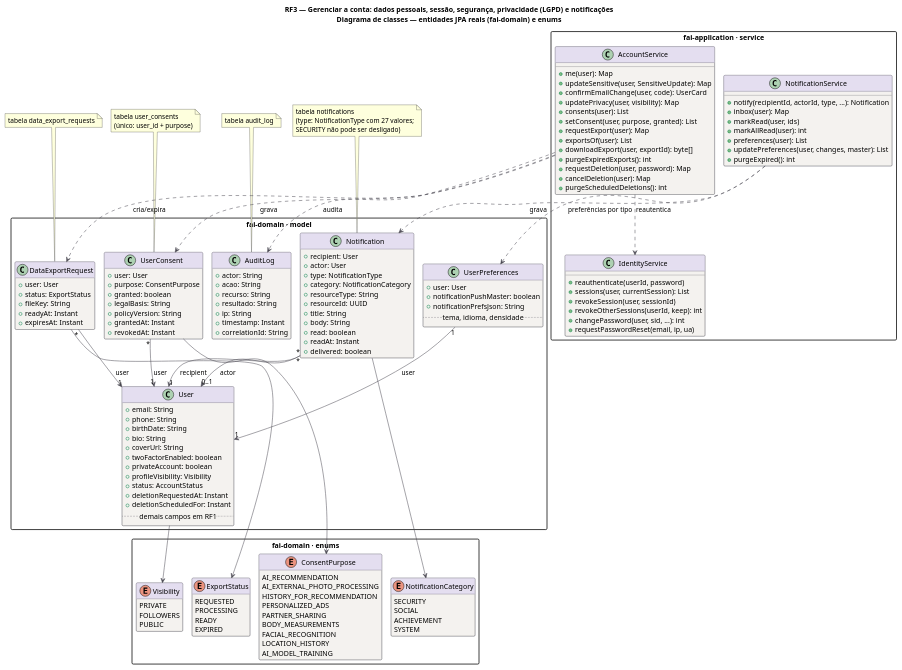
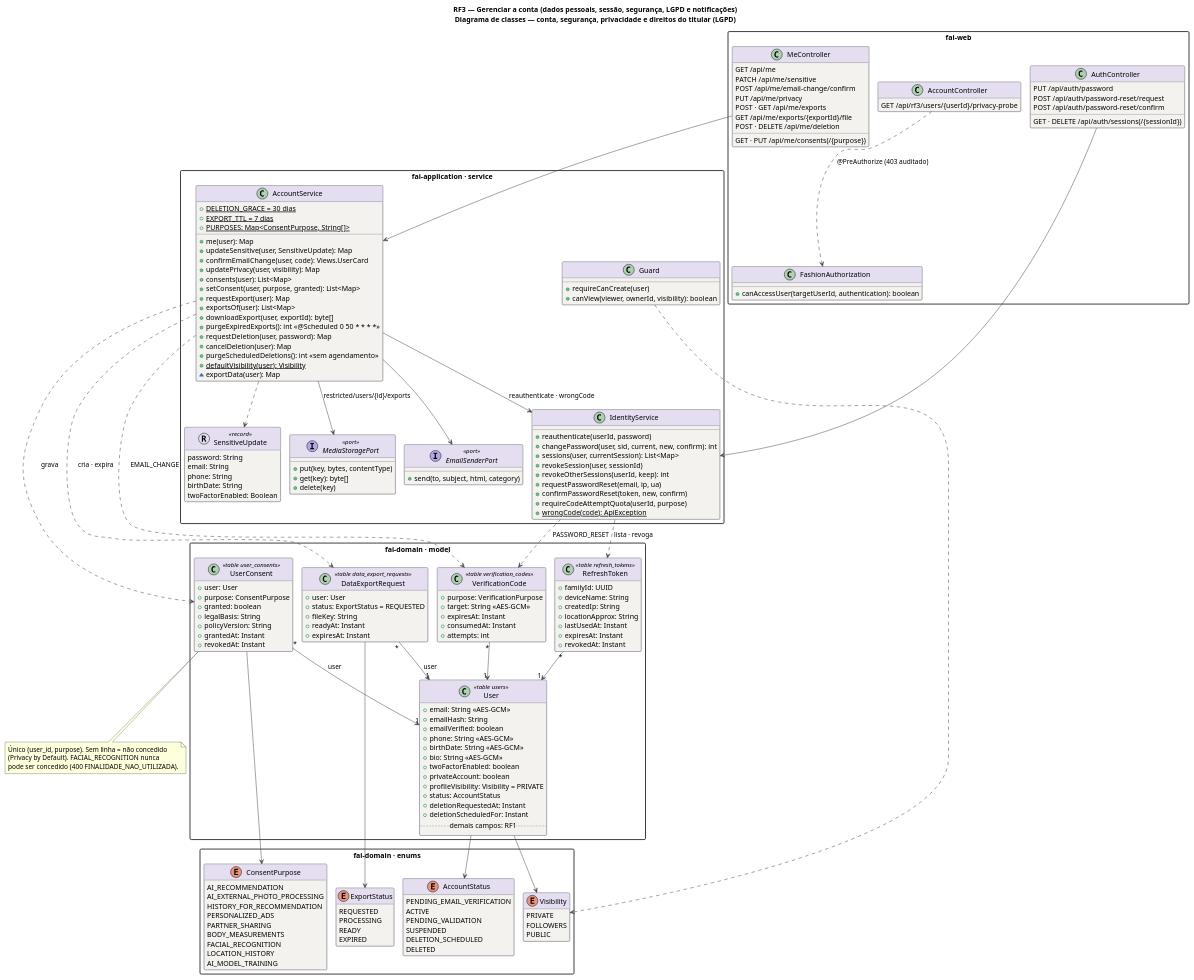
The diagram in docs/diagramas/RF3/RF3-classes.puml (MatheusHaliski/tcc-2026-fashion-ai-backend), drawn with PlantUML before and after one commit. The commit also changed 312 other files, not shown here.

First line of the commit message:
Diagramas UML: reescrita pelo código atual (parte 1)

```diff
--- a/docs/diagramas/RF3/RF3-classes.puml
+++ b/docs/diagramas/RF3/RF3-classes.puml
@@ -1,157 +1,198 @@
 @startuml RF3_Classes
-title RF3 — Gerenciar a conta: dados pessoais, sessão, segurança, privacidade (LGPD) e notificações\nDiagrama de classes — entidades JPA reais (fai-domain) e enums
+title RF3 — Gerenciar a conta (dados pessoais, sessão, segurança, LGPD e notificações)\nDiagrama de classes — conta, segurança, privacidade e direitos do titular (LGPD)
 !pragma layout smetana
 skinparam backgroundColor #FFFFFF
 skinparam class {
   BackgroundColor #F4F2EF
   BorderColor #4A4852
   ArrowColor #4A4852
   HeaderBackgroundColor #E4DEF0
 }
 skinparam packageStyle rectangle
 hide empty methods
 
 package "fai-domain · model" {
-class User {
-  +email: String
-  +phone: String
-  +birthDate: String
-  +bio: String
-  +coverUrl: String
+class User <<table users>> {
+  +email: String «AES-GCM»
+  +emailHash: String
+  +emailVerified: boolean
+  +phone: String «AES-GCM»
+  +birthDate: String «AES-GCM»
+  +bio: String «AES-GCM»
   +twoFactorEnabled: boolean
   +privateAccount: boolean
-  +profileVisibility: Visibility
+  +profileVisibility: Visibility = PRIVATE
   +status: AccountStatus
   +deletionRequestedAt: Instant
   +deletionScheduledFor: Instant
-  .. demais campos em RF1 ..
+  .. demais campos: RF1 ..
 }
-class UserPreferences {
-  +user: User
-  +notificationPushMaster: boolean
-  +notificationPrefsJson: String
-  .. tema, idioma, densidade ..
-}
-class UserConsent {
+class UserConsent <<table user_consents>> {
   +user: User
   +purpose: ConsentPurpose
   +granted: boolean
   +legalBasis: String
   +policyVersion: String
   +grantedAt: Instant
   +revokedAt: Instant
 }
-class DataExportRequest {
+class DataExportRequest <<table data_export_requests>> {
   +user: User
-  +status: ExportStatus
+  +status: ExportStatus = REQUESTED
   +fileKey: String
   +readyAt: Instant
   +expiresAt: Instant
 }
-class Notification {
-  +recipient: User
-  +actor: User
-  +type: NotificationType
-  +category: NotificationCategory
-  +resourceType: String
-  +resourceId: UUID
-  +title: String
-  +body: String
-  +read: boolean
-  +readAt: Instant
-  +delivered: boolean
+class VerificationCode <<table verification_codes>> {
+  +purpose: VerificationPurpose
+  +target: String «AES-GCM»
+  +expiresAt: Instant
+  +consumedAt: Instant
+  +attempts: int
 }
-class AuditLog {
-  +actor: String
-  +acao: String
-  +recurso: String
-  +resultado: String
-  +ip: String
-  +timestamp: Instant
-  +correlationId: String
+class RefreshToken <<table refresh_tokens>> {
+  +familyId: UUID
+  +deviceName: String
+  +createdIp: String
+  +locationApprox: String
+  +lastUsedAt: Instant
+  +expiresAt: Instant
+  +revokedAt: Instant
 }
 }
 package "fai-domain · enums" {
 enum ExportStatus {
   REQUESTED
   PROCESSING
   READY
   EXPIRED
 }
 enum ConsentPurpose {
   AI_RECOMMENDATION
   AI_EXTERNAL_PHOTO_PROCESSING
   HISTORY_FOR_RECOMMENDATION
   PERSONALIZED_ADS
   PARTNER_SHARING
   BODY_MEASUREMENTS
   FACIAL_RECOGNITION
   LOCATION_HISTORY
   AI_MODEL_TRAINING
 }
 enum Visibility {
   PRIVATE
   FOLLOWERS
   PUBLIC
 }
-enum NotificationCategory {
-  SECURITY
-  SOCIAL
-  ACHIEVEMENT
-  SYSTEM
+enum AccountStatus {
+  PENDING_EMAIL_VERIFICATION
+  ACTIVE
+  PENDING_VALIDATION
+  SUSPENDED
+  DELETION_SCHEDULED
+  DELETED
 }
 }
 package "fai-application · service" {
 class AccountService {
+  +{static} DELETION_GRACE = 30 dias
+  +{static} EXPORT_TTL = 7 dias
+  +{static} PURPOSES: Map<ConsentPurpose, String[]>
   +me(user): Map
   +updateSensitive(user, SensitiveUpdate): Map
-  +confirmEmailChange(user, code): UserCard
+  +confirmEmailChange(user, code): Views.UserCard
   +updatePrivacy(user, visibility): Map
-  +consents(user): List
-  +setConsent(user, purpose, granted): List
+  +consents(user): List<Map>
+  +setConsent(user, purpose, granted): List<Map>
   +requestExport(user): Map
-  +exportsOf(user): List
+  +exportsOf(user): List<Map>
   +downloadExport(user, exportId): byte[]
-  +purgeExpiredExports(): int
+  +purgeExpiredExports(): int «@Scheduled 0 50 * * * *»
   +requestDeletion(user, password): Map
   +cancelDeletion(user): Map
-  +purgeScheduledDeletions(): int
+  +purgeScheduledDeletions(): int «sem agendamento»
+  +{static} defaultVisibility(user): Visibility
+  ~exportData(user): Map
 }
-class NotificationService {
-  +notify(recipientId, actorId, type, ...): Notification
-  +inbox(user): Map
-  +markRead(user, ids)
-  +markAllRead(user): int
-  +preferences(user): List
-  +updatePreferences(user, changes, master): List
-  +purgeExpired(): int
+class "SensitiveUpdate" as SensitiveUpdate << (R,#E4DEF0) record >> {
+  password: String
+  email: String
+  phone: String
+  birthDate: String
+  twoFactorEnabled: Boolean
 }
 class IdentityService {
   +reauthenticate(userId, password)
-  +sessions(user, currentSession): List
+  +changePassword(user, sid, current, new, confirm): int
+  +sessions(user, currentSession): List<Map>
   +revokeSession(user, sessionId)
   +revokeOtherSessions(userId, keep): int
-  +changePassword(user, sid, ...): int
   +requestPasswordReset(email, ip, ua)
+  +confirmPasswordReset(token, new, confirm)
+  +requireCodeAttemptQuota(userId, purpose)
+  +{static} wrongCode(code): ApiException
+}
+class Guard {
+  +requireCanCreate(user)
+  +canView(viewer, ownerId, visibility): boolean
+}
+interface MediaStoragePort <<port>> {
+  +put(key, bytes, contentType)
+  +get(key): byte[]
+  +delete(key)
+}
+interface EmailSenderPort <<port>> {
+  +send(to, subject, html, category)
 }
 }
-UserPreferences "1" --> "1" User : user
+package "fai-web" {
+class MeController {
+  GET /api/me
+  PATCH /api/me/sensitive
+  POST /api/me/email-change/confirm
+  PUT /api/me/privacy
+  GET · PUT /api/me/consents(/{purpose})
+  POST · GET /api/me/exports
+  GET /api/me/exports/{exportId}/file
+  POST · DELETE /api/me/deletion
+}
+class AuthController {
+  PUT /api/auth/password
+  GET · DELETE /api/auth/sessions(/{sessionId})
+  POST /api/auth/password-reset/request
+  POST /api/auth/password-reset/confirm
+}
+class AccountController {
+  GET /api/rf3/users/{userId}/privacy-probe
+}
+class FashionAuthorization {
+  +canAccessUser(targetUserId, authentication): boolean
+}
+}
+
 UserConsent "*" --> "1" User : user
 DataExportRequest "*" --> "1" User : user
-Notification "*" --> "1" User : recipient
-Notification "*" --> "0..1" User : actor
+VerificationCode "*" --> "1" User
+RefreshToken "*" --> "1" User
 User --> Visibility
+User --> AccountStatus
 UserConsent --> ConsentPurpose
 DataExportRequest --> ExportStatus
-Notification --> NotificationCategory
+MeController --> AccountService
+AuthController --> IdentityService
+AccountController ..> FashionAuthorization : @PreAuthorize (403 auditado)
+AccountService ..> SensitiveUpdate
+AccountService --> IdentityService : reauthenticate · wrongCode
 AccountService ..> UserConsent : grava
-AccountService ..> DataExportRequest : cria/expira
-AccountService ..> AuditLog : audita
-AccountService ..> IdentityService : reautentica
-NotificationService ..> Notification : grava
-NotificationService ..> UserPreferences : preferências por tipo
-note top of UserConsent : tabela user_consents\n(único: user_id + purpose)
-note top of DataExportRequest : tabela data_export_requests
-note top of Notification : tabela notifications\n(type: NotificationType com 27 valores;\nSECURITY não pode ser desligado)
-note top of AuditLog : tabela audit_log
+AccountService ..> DataExportRequest : cria · expira
+AccountService ..> VerificationCode : EMAIL_CHANGE
+AccountService --> MediaStoragePort : restricted/users/{id}/exports
+AccountService --> EmailSenderPort
+IdentityService ..> RefreshToken : lista · revoga
+IdentityService ..> VerificationCode : PASSWORD_RESET
+Guard ..> Visibility
+note bottom of UserConsent
+  Único (user_id, purpose). Sem linha = não concedido
+  (Privacy by Default). FACIAL_RECOGNITION nunca
+  pode ser concedido (400 FINALIDADE_NAO_UTILIZADA).
+end note
 @enduml
```
